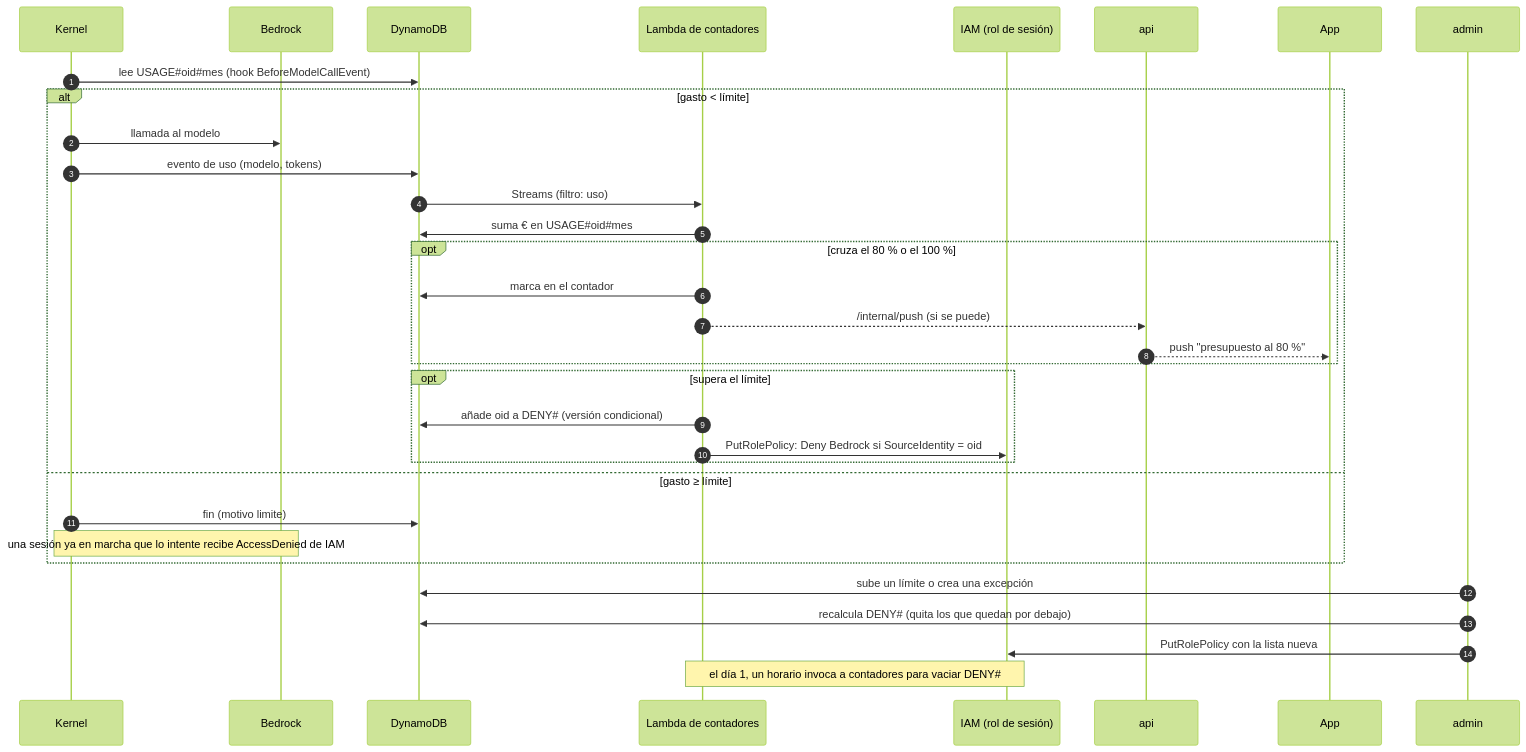
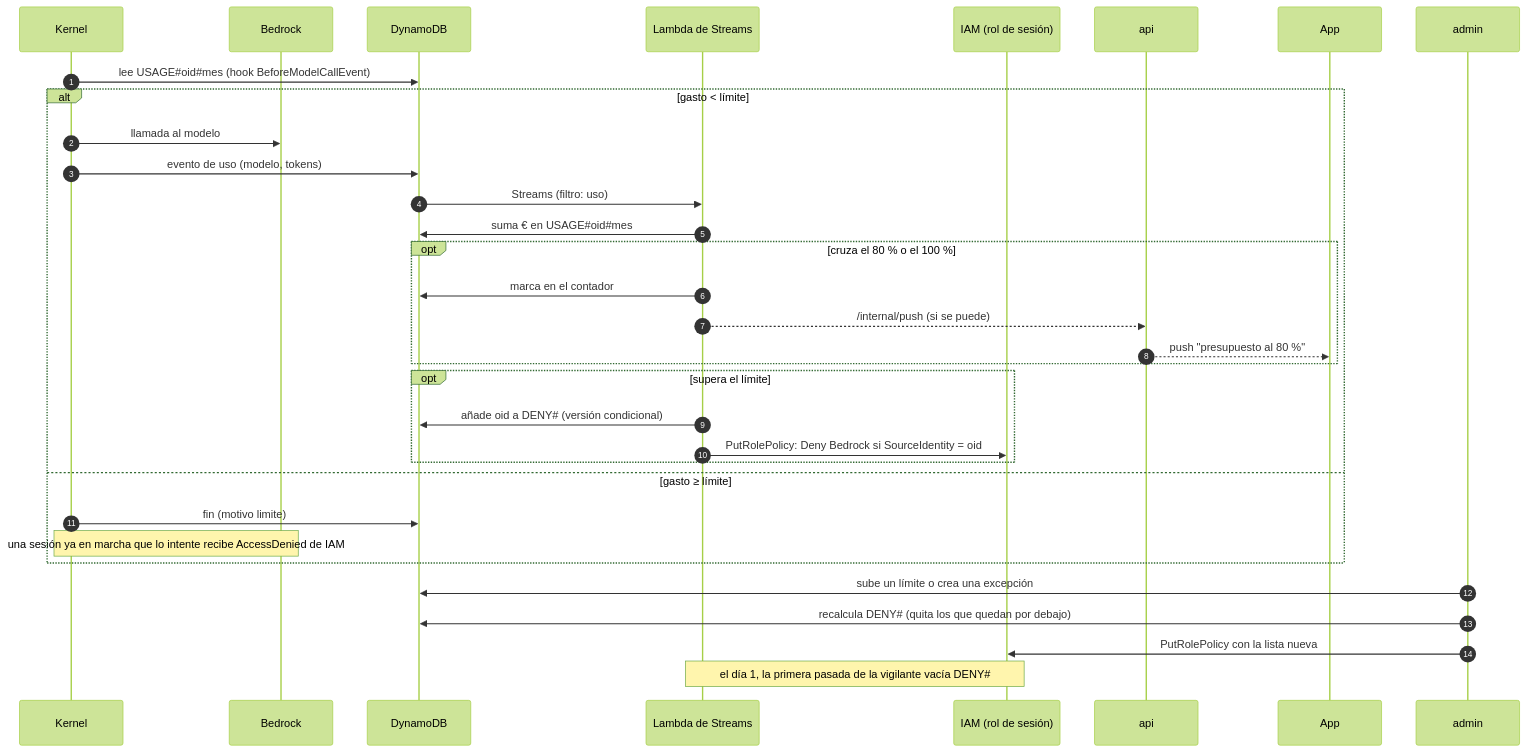
One commit to ikermendi/sample-agent-platform-with-agentcore changed the sixth of 7 diagrams in docs/arquitectura-agentes.md. Above: the diagram before and after it, drawn with Mermaid (forest theme). The commit also changed other lines of this file and 1 other file, not shown here.

First line of the commit message:
docs: fundir contadores y cierre en una Lambda de Streams, cerrar() compartido, autorizador reducido

````diff
--- a/docs/arquitectura-agentes.md
+++ b/docs/arquitectura-agentes.md
@@ -834,36 +841,36 @@
 ```mermaid
 sequenceDiagram
   autonumber
   participant K as Kernel
   participant B as Bedrock
   participant D as DynamoDB
-  participant C as Lambda de contadores
+  participant C as Lambda de Streams
   participant IAM as IAM (rol de sesión)
   participant API as api
   participant App as App
   participant A as admin
 
   K->>D: lee USAGE#35;oid#35;mes (hook BeforeModelCallEvent)
   alt gasto < límite
     K->>B: llamada al modelo
     K->>D: evento de uso (modelo, tokens)
     D->>C: Streams (filtro: uso)
     C->>D: suma € en USAGE#35;oid#35;mes
     opt cruza el 80 % o el 100 %
       C->>D: marca en el contador
       C-->>API: /internal/push (si se puede)
       API-->>App: push "presupuesto al 80 %"
     end
     opt supera el límite
       C->>D: añade oid a DENY#35; (versión condicional)
       C->>IAM: PutRolePolicy: Deny Bedrock si SourceIdentity = oid
     end
   else gasto ≥ límite
     K->>D: fin (motivo limite)
     Note over K,B: una sesión ya en marcha que lo intente recibe AccessDenied de IAM
   end
   A->>D: sube un límite o crea una excepción
   A->>D: recalcula DENY#35; (quita los que quedan por debajo)
   A->>IAM: PutRolePolicy con la lista nueva
-  Note over C,IAM: el día 1, un horario invoca a contadores para vaciar DENY#35;
+  Note over C,IAM: el día 1, la primera pasada de la vigilante vacía DENY#35;
 ```
````
